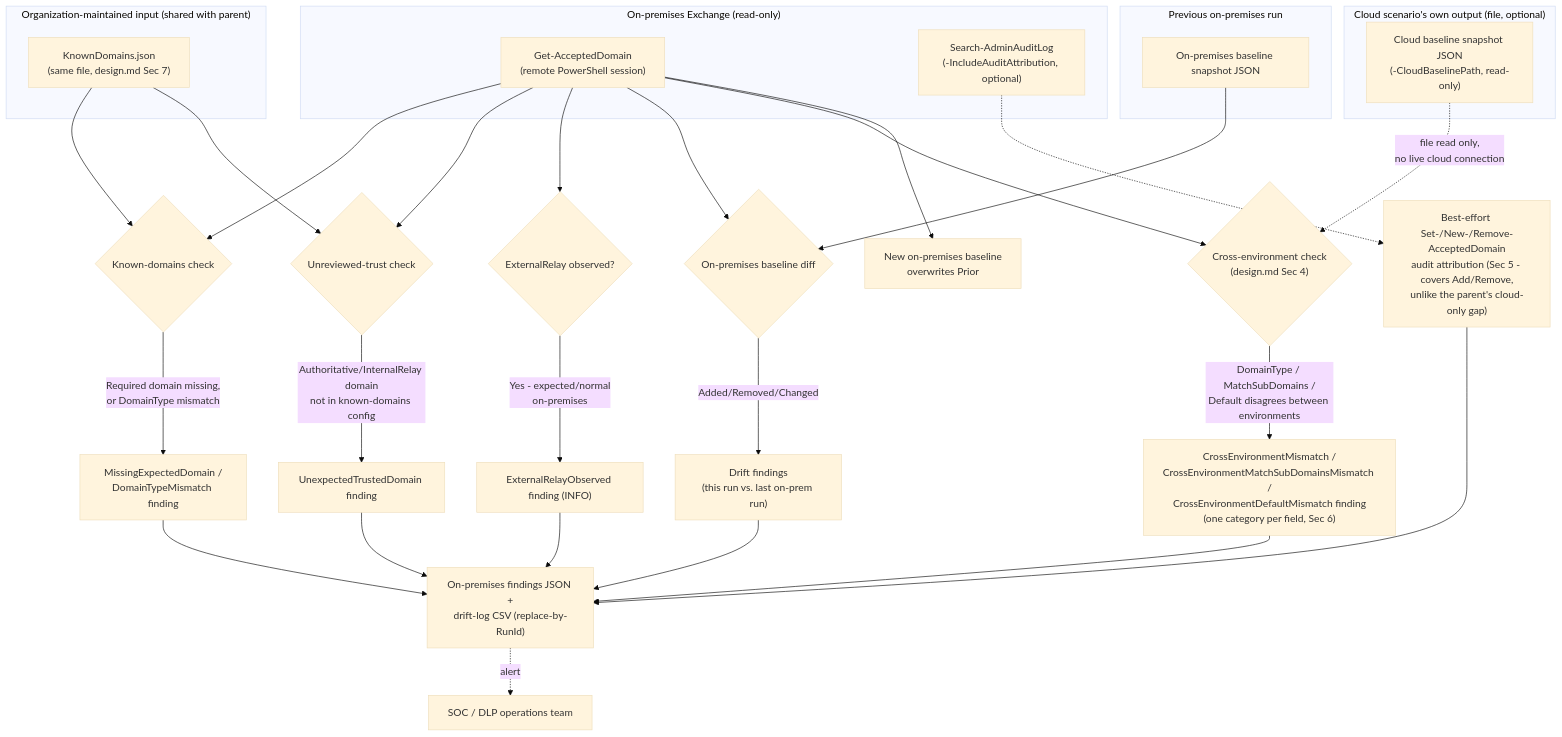
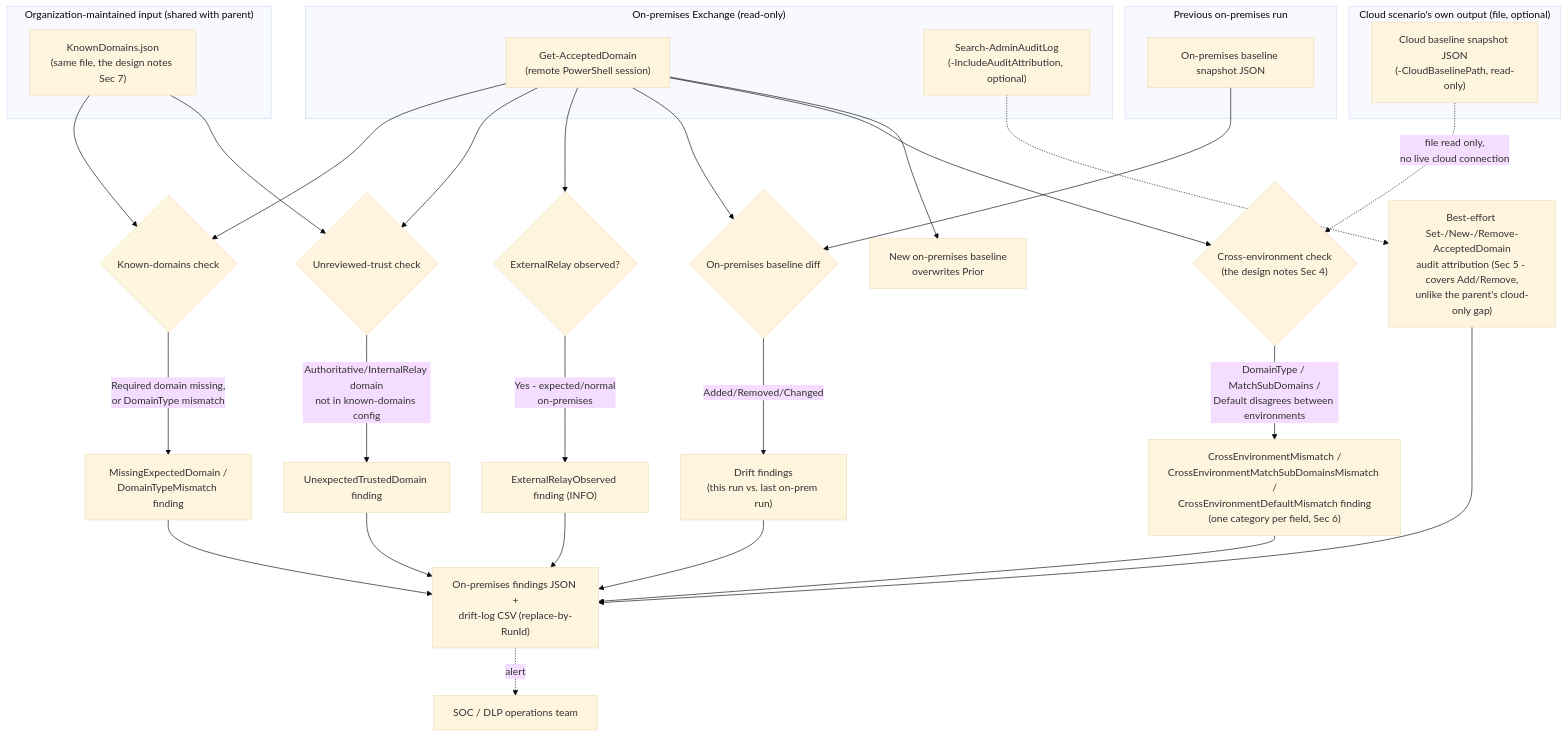
One commit to kpsec1/kpsec1.github.io changed the diagram in src/content/scenarios/dlp/accepted-domains-hygiene-check-on-premises.md. Above: the diagram before and after it, drawn with Mermaid (base theme). The commit also changed 269 other files, not shown here.

````diff
--- a/src/content/scenarios/dlp/accepted-domains-hygiene-check-on-premises.md
+++ b/src/content/scenarios/dlp/accepted-domains-hygiene-check-on-premises.md
@@ -52,41 +52,41 @@
 ```mermaid
 flowchart TD
     subgraph OnPrem["On-premises Exchange (read-only)"]
         AD["Get-AcceptedDomain<br/>(remote PowerShell session)"]
         AAL["Search-AdminAuditLog<br/>(-IncludeAuditAttribution, optional)"]
     end
     subgraph Config["Organization-maintained input (shared with parent)"]
-        KD["KnownDomains.json<br/>(same file, design.md Sec 7)"]
+        KD["KnownDomains.json<br/>(same file, the design notes Sec 7)"]
     end
     subgraph Prior["Previous on-premises run"]
         BL["On-premises baseline snapshot JSON"]
     end
     subgraph CloudFile["Cloud scenario's own output (file, optional)"]
         CBL["Cloud baseline snapshot JSON<br/>(-CloudBaselinePath, read-only)"]
     end
 
     AD --> C1{"Known-domains check"}
     KD --> C1
     C1 -- "Required domain missing,<br/>or DomainType mismatch" --> F1["MissingExpectedDomain /<br/>DomainTypeMismatch finding"]
 
     AD --> C2{"Unreviewed-trust check"}
     KD --> C2
     C2 -- "Authoritative/InternalRelay domain<br/>not in known-domains config" --> F2[UnexpectedTrustedDomain finding]
 
     AD --> C3{ExternalRelay observed?}
     C3 -- "Yes - expected/normal<br/>on-premises" --> F3["ExternalRelayObserved finding (INFO)"]
 
     AD --> C4{"On-premises baseline diff"}
     BL --> C4
     C4 -- Added/Removed/Changed --> F4["Drift findings<br/>(this run vs. last on-prem run)"]
 
-    AD --> C5{"Cross-environment check<br/>(design.md Sec 4)"}
+    AD --> C5{"Cross-environment check<br/>(the design notes Sec 4)"}
     CBL -. "file read only,<br/>no live cloud connection" .-> C5
     C5 -- "DomainType / MatchSubDomains /<br/>Default disagrees between environments" --> F5["CrossEnvironmentMismatch /<br/>CrossEnvironmentMatchSubDomainsMismatch /<br/>CrossEnvironmentDefaultMismatch finding<br/>(one category per field, Sec 6)"]
 
     AAL -.-> F6["Best-effort Set-/New-/Remove-AcceptedDomain<br/>audit attribution (Sec 5 - covers Add/Remove,<br/>unlike the parent's cloud-only gap)"]
 
     F1 & F2 & F3 & F4 & F5 & F6 --> R["On-premises findings JSON +<br/>drift-log CSV (replace-by-RunId)"]
     AD --> BLNEW["New on-premises baseline<br/>overwrites Prior"]
     R -.alert.-> SOC["SOC / DLP operations team"]
 ```
````
